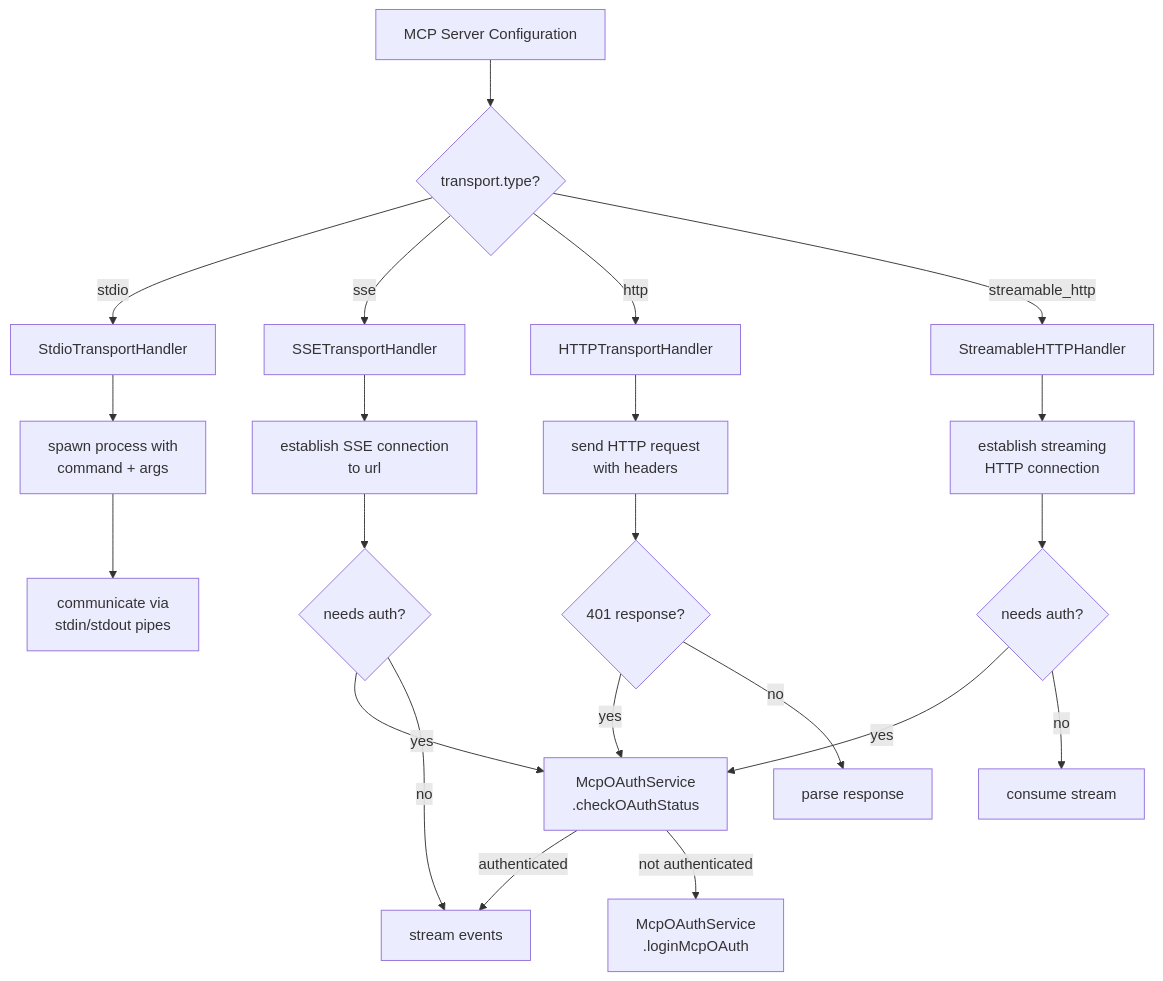
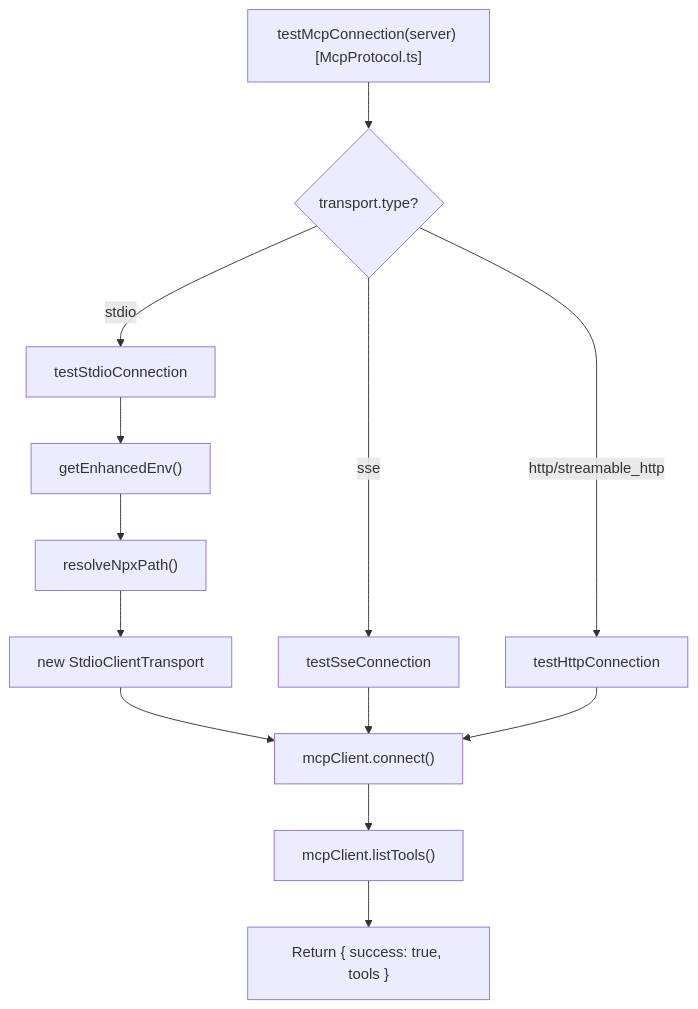
Before and after one commit to blackcater/zentree: the second of 5 diagrams in docs/iOfficeAI_AionUi/ai-agent-systems/mcp-integration.md, drawn with Mermaid. The commit also changed other lines of this file and 232 other files, not shown here.

````diff
--- a/docs/iOfficeAI_AionUi/ai-agent-systems/mcp-integration.md
+++ b/docs/iOfficeAI_AionUi/ai-agent-systems/mcp-integration.md
@@ -108,30 +116,20 @@
 ```mermaid
 graph TD
-    START["MCP Server Configuration"]
+    START["testMcpConnection(server) [McpProtocol.ts]"]
     START --> CHECK_TYPE{"transport.type?"}
-
-    CHECK_TYPE -->|stdio| STDIO_HANDLER["StdioTransportHandler"]
-    CHECK_TYPE -->|sse| SSE_HANDLER["SSETransportHandler"]
-    CHECK_TYPE -->|http| HTTP_HANDLER["HTTPTransportHandler"]
-    CHECK_TYPE -->|streamable_http| STREAM_HANDLER["StreamableHTTPHandler"]
-
-    STDIO_HANDLER --> SPAWN["spawn process with<br/>command + args"]
-    SPAWN --> PIPE["communicate via<br/>stdin/stdout pipes"]
-
-    SSE_HANDLER --> SSE_CONN["establish SSE connection<br/>to url"]
-    SSE_CONN --> SSE_AUTH{"needs auth?"}
-    SSE_AUTH -->|yes| OAUTH_CHECK["McpOAuthService<br/>.checkOAuthStatus"]
-    SSE_AUTH -->|no| SSE_STREAM["stream events"]
-    OAUTH_CHECK -->|authenticated| SSE_STREAM
-    OAUTH_CHECK -->|not authenticated| LOGIN["McpOAuthService<br/>.loginMcpOAuth"]
-
-    HTTP_HANDLER --> HTTP_REQ["send HTTP request<br/>with headers"]
-    HTTP_REQ --> HTTP_AUTH{"401 response?"}
-    HTTP_AUTH -->|yes| OAUTH_CHECK
-    HTTP_AUTH -->|no| HTTP_RESP["parse response"]
-
-    STREAM_HANDLER --> STREAM_CONN["establish streaming<br/>HTTP connection"]
-    STREAM_CONN --> STREAM_AUTH{"needs auth?"}
-    STREAM_AUTH -->|yes| OAUTH_CHECK
-    STREAM_AUTH -->|no| STREAM_DATA["consume stream"]
+    
+    CHECK_TYPE -->|stdio| STDIO_HANDLER["testStdioConnection"]
+    CHECK_TYPE -->|sse| SSE_HANDLER["testSseConnection"]
+    CHECK_TYPE -->|http/streamable_http| HTTP_HANDLER["testHttpConnection"]
+    
+    STDIO_HANDLER --> ENHANCE_ENV["getEnhancedEnv()"]
+    ENHANCE_ENV --> RESOLVE_NPX["resolveNpxPath()"]
+    RESOLVE_NPX --> SPAWN["new StdioClientTransport"]
+    
+    SPAWN --> CONNECT["mcpClient.connect()"]
+    SSE_HANDLER --> CONNECT
+    HTTP_HANDLER --> CONNECT
+    
+    CONNECT --> LIST_TOOLS["mcpClient.listTools()"]
+    LIST_TOOLS --> SUCCESS["Return { success: true, tools }"]
 ```
````
